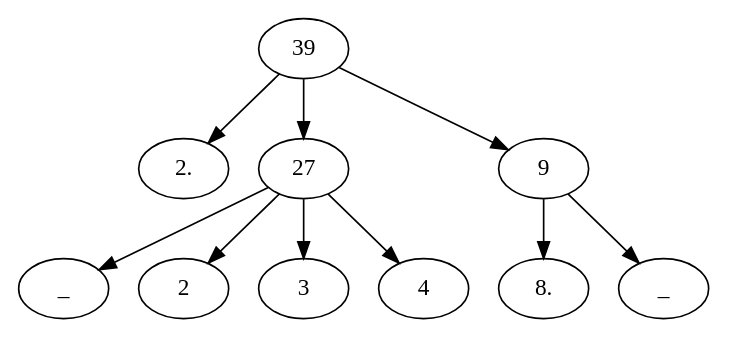
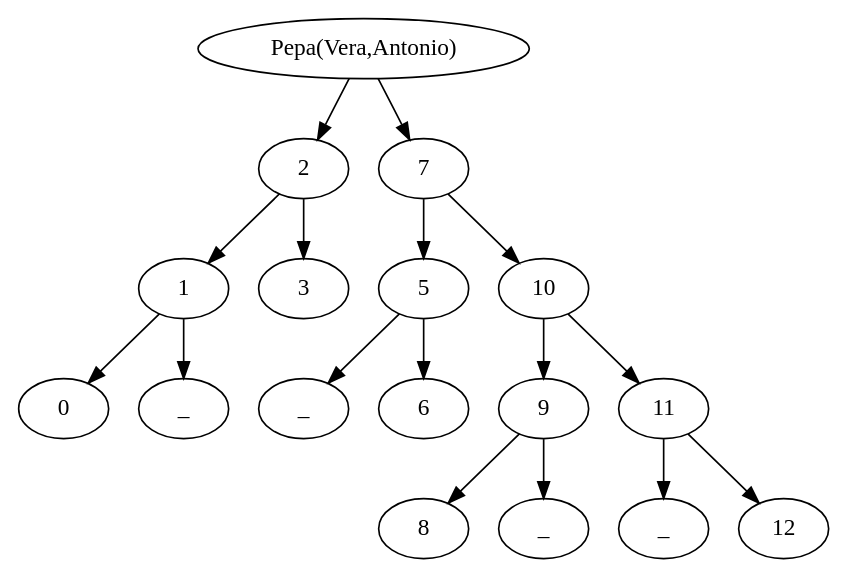
Before and after one commit to migueltoro/adda_v3: the diagram in ParteComun/ficheros/tree.gv, drawn with Graphviz.

Commit message:
09/06/2023

```diff
--- a/ParteComun/ficheros/tree.gv
+++ b/ParteComun/ficheros/tree.gv
@@ -1,21 +1,35 @@
 strict digraph G {
-  1 [ label="39" ];
-  2 [ label="2." ];
-  3 [ label="27" ];
-  4 [ label="_" ];
-  5 [ label="2" ];
+  1 [ label="Pepa(Vera,Antonio)" ];
+  2 [ label="2" ];
+  3 [ label="1" ];
+  4 [ label="0" ];
+  5 [ label="_" ];
   6 [ label="3" ];
-  7 [ label="4" ];
-  8 [ label="9" ];
-  9 [ label="8." ];
-  10 [ label="_" ];
+  7 [ label="7" ];
+  8 [ label="5" ];
+  9 [ label="_" ];
+  10 [ label="6" ];
+  11 [ label="10" ];
+  12 [ label="9" ];
+  13 [ label="8" ];
+  14 [ label="_" ];
+  15 [ label="11" ];
+  16 [ label="_" ];
+  17 [ label="12" ];
   1 -> 2 [ ];
-  1 -> 3 [ ];
-  1 -> 8 [ ];
+  1 -> 7 [ ];
+  2 -> 3 [ ];
+  2 -> 6 [ ];
   3 -> 4 [ ];
   3 -> 5 [ ];
-  3 -> 6 [ ];
-  3 -> 7 [ ];
+  7 -> 8 [ ];
+  7 -> 11 [ ];
   8 -> 9 [ ];
   8 -> 10 [ ];
+  11 -> 12 [ ];
+  11 -> 15 [ ];
+  12 -> 13 [ ];
+  12 -> 14 [ ];
+  15 -> 16 [ ];
+  15 -> 17 [ ];
 }
```
